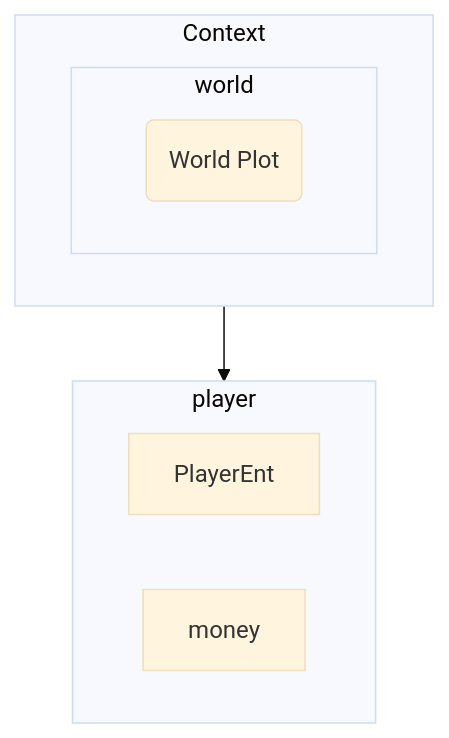
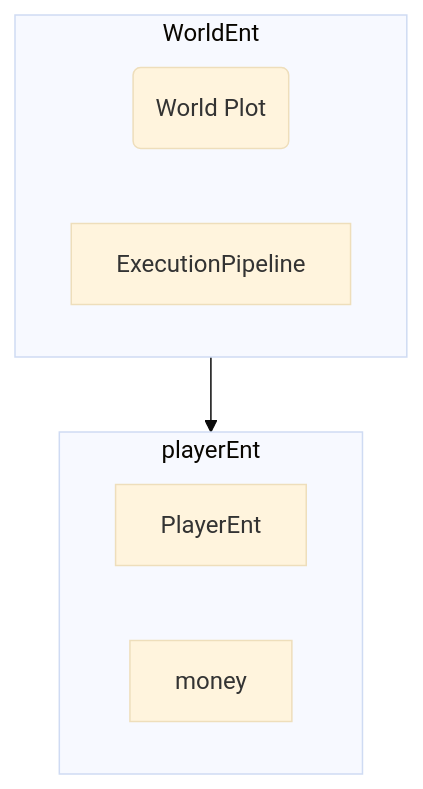
The second of 4 diagrams in lootplot/ARCHITECTURE.md (UntitledModGame/umg-mods), drawn with Mermaid (base theme) before and after one commit. The commit also changed other lines of this file and 8 other files, not shown here.

````diff
--- a/lootplot/ARCHITECTURE.md
+++ b/lootplot/ARCHITECTURE.md
@@ -55,17 +55,15 @@
 ```mermaid
 
 graph TD
-    subgraph Context
-        world
+    subgraph WorldEnt
+        WorldPlot(World Plot)
+        ExecutionPipeline
     end
-    Context --> player
+    WorldEnt --> playerEnt
 
-    subgraph world
-        WorldPlot(World Plot)
-    end
-    subgraph player
+    subgraph playerEnt
         PlayerEnt
         money
     end
 
 ```
````
